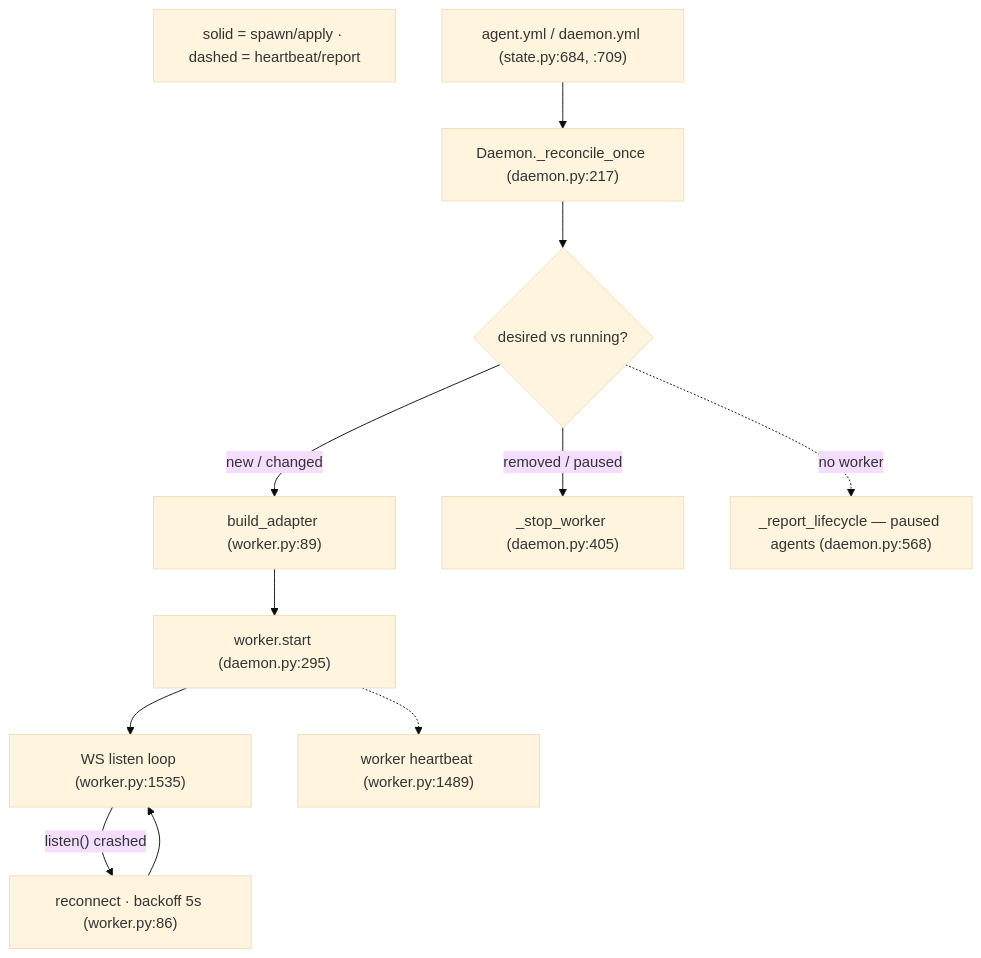
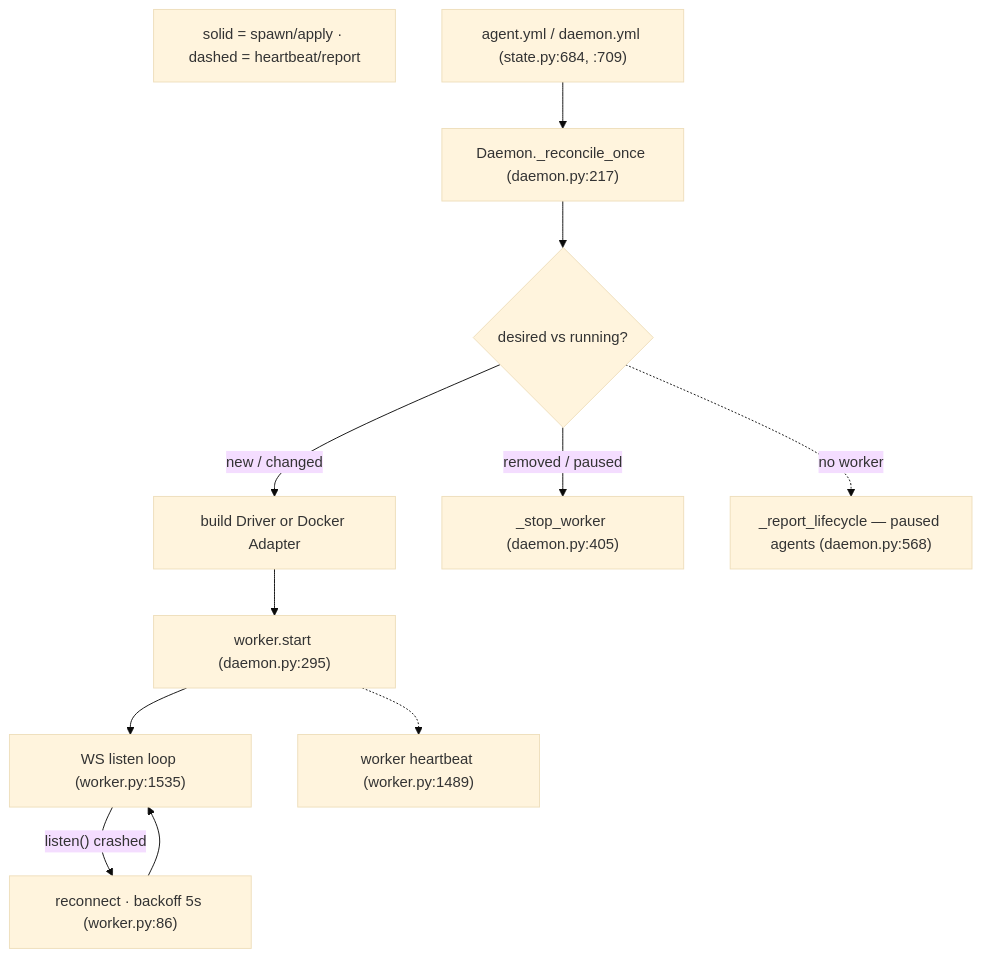
The fifth of 5 diagrams in docs/ARCHITECTURE.md (TZZheng/puffo-agent), drawn with Mermaid (base theme) before and after one commit. The commit also changed other lines of this file and 201 other files, not shown here.

Commit message:
refactor(agent): consolidate Python runtime architecture

````diff
--- a/docs/ARCHITECTURE.md
+++ b/docs/ARCHITECTURE.md
@@ -541,22 +528,22 @@
 ```mermaid
 flowchart TB
     legendD["solid = spawn/apply · dashed = heartbeat/report"]
 
     cfg["agent.yml / daemon.yml (state.py:684, :709)"]
     rec["Daemon._reconcile_once (daemon.py:217)"]
     decide{"desired vs running?"}
-    build["build_adapter (worker.py:89)"]
+    build["build Driver or Docker Adapter"]
     start["worker.start (daemon.py:295)"]
     listen["WS listen loop (worker.py:1535)"]
     reconnect["reconnect · backoff 5s (worker.py:86)"]
     stop["_stop_worker (daemon.py:405)"]
     hb["worker heartbeat (worker.py:1489)"]
     paused["_report_lifecycle — paused agents (daemon.py:568)"]
 
     cfg --> rec --> decide
     decide -->|"new / changed"| build --> start --> listen
     listen -->|"listen() crashed"| reconnect --> listen
     decide -->|"removed / paused"| stop
     start -.-> hb
     decide -.->|"no worker"| paused
 ```
````
